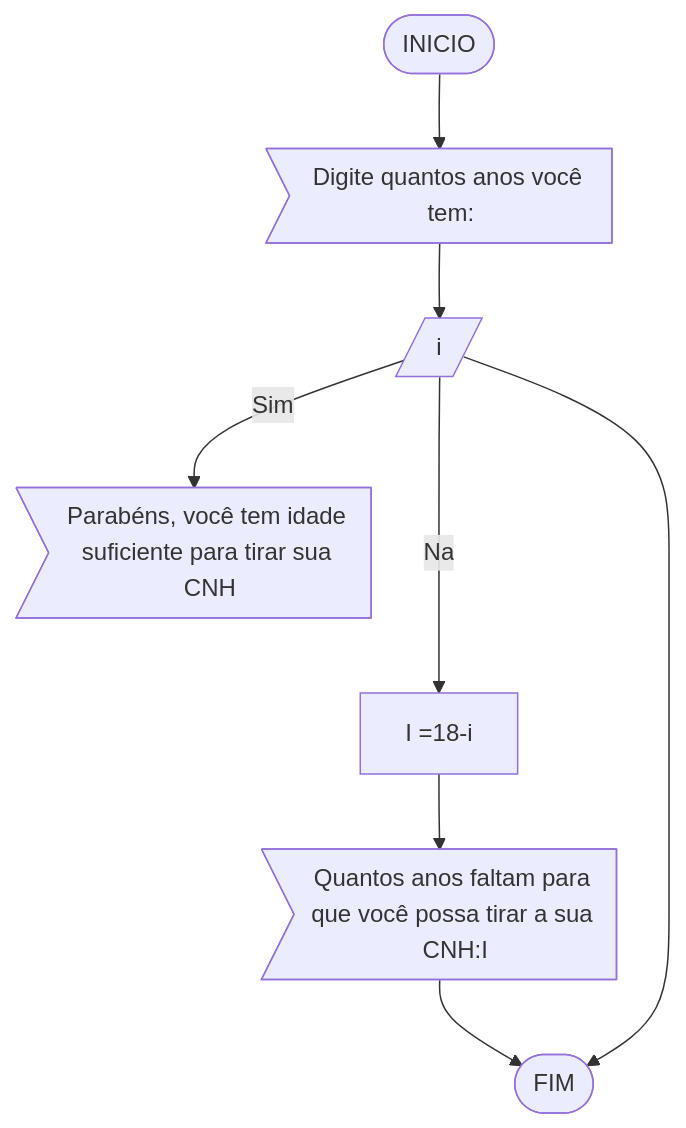
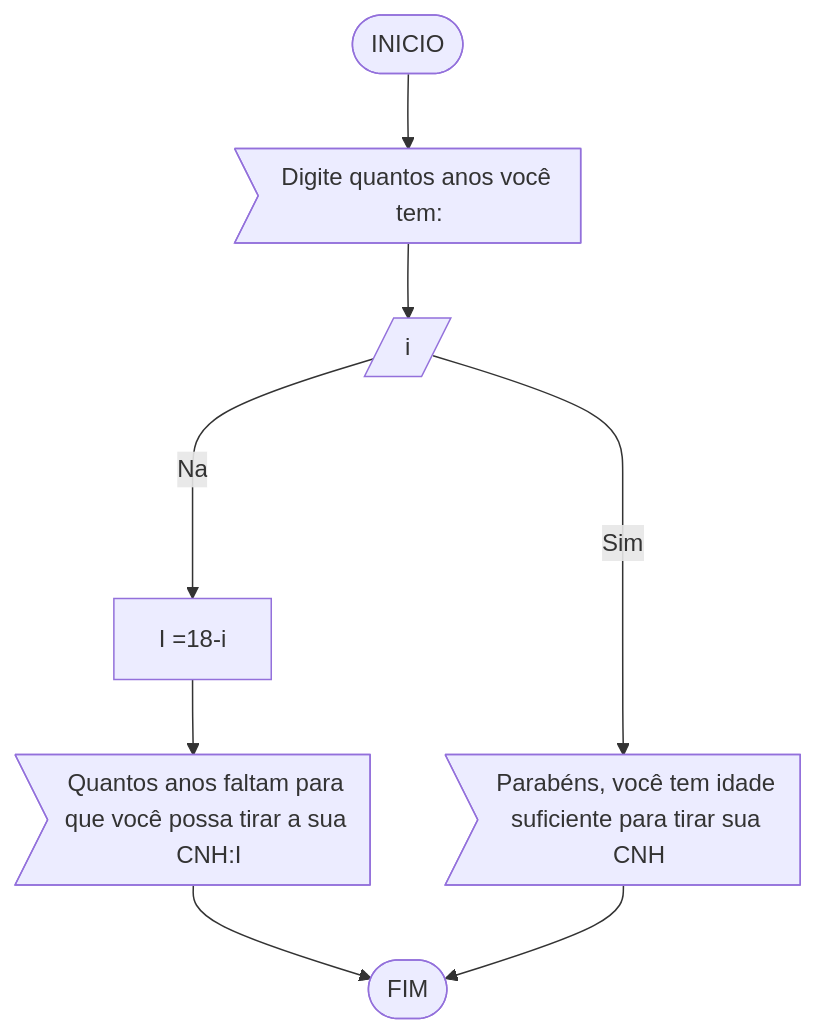
One commit to angelomendonca0601/unifor changed the third of 3 diagrams in RLA/lista1.md. Above: the diagram before and after it, drawn with Mermaid.

````diff
--- a/RLA/lista1.md
+++ b/RLA/lista1.md
@@ -73,11 +73,11 @@
 ```mermaid
 flowchart TD
 id1([INICIO]) --> id2>Digite quantos anos você tem:]
 id2 --> id3[/i/]
 id3 -- Sim--> id4>Parabéns, você tem idade suficiente para tirar sua CNH]
 id3 -- Nao--> id5[I =18-i]
 id5 --> id6>Quantos anos faltam para que você possa tirar a sua CNH:I]
 id6-->id([FIM])
-id3 -->id([FIM])
+id4 -->id([FIM])
 
 ```
````
